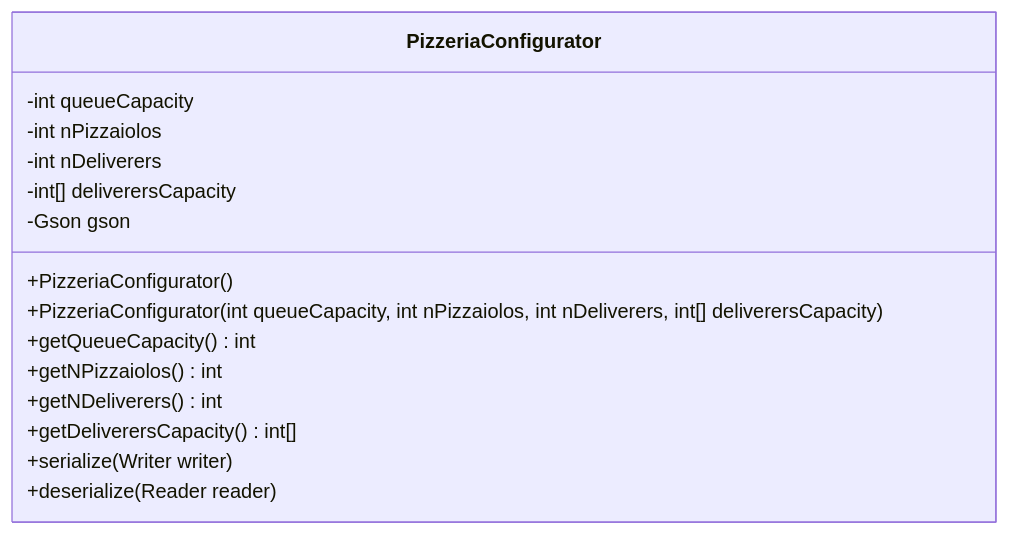
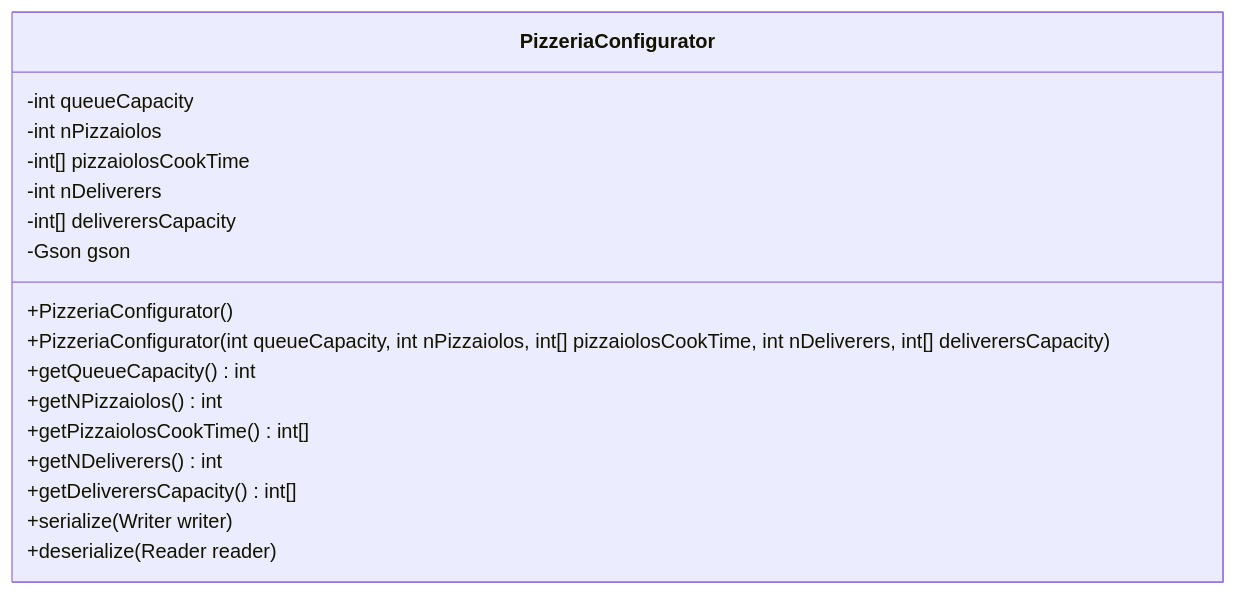
The diagram in Task_2_2_1/src/main/resources/PizzeriaConfigurator.mmd (dTolmachev1/OOP), drawn with Mermaid before and after one commit. The commit also changed 14 other files, not shown here.

```diff
--- a/Task_2_2_1/src/main/resources/PizzeriaConfigurator.mmd
+++ b/Task_2_2_1/src/main/resources/PizzeriaConfigurator.mmd
@@ -1,16 +1,18 @@
 classDiagram
     class PizzeriaConfigurator {
         -int queueCapacity
         -int nPizzaiolos
+        -int[] pizzaiolosCookTime
         -int nDeliverers
         -int[] deliverersCapacity
         -Gson gson
         +PizzeriaConfigurator()
-        +PizzeriaConfigurator(int queueCapacity, int nPizzaiolos, int nDeliverers, int[] deliverersCapacity)
+        +PizzeriaConfigurator(int queueCapacity, int nPizzaiolos, int[] pizzaiolosCookTime, int nDeliverers, int[] deliverersCapacity)
         +getQueueCapacity() int
         +getNPizzaiolos() int
+        +getPizzaiolosCookTime() int[]
         +getNDeliverers() int
         +getDeliverersCapacity() int[]
         +serialize(Writer writer)
         +deserialize(Reader reader)
     }
```
